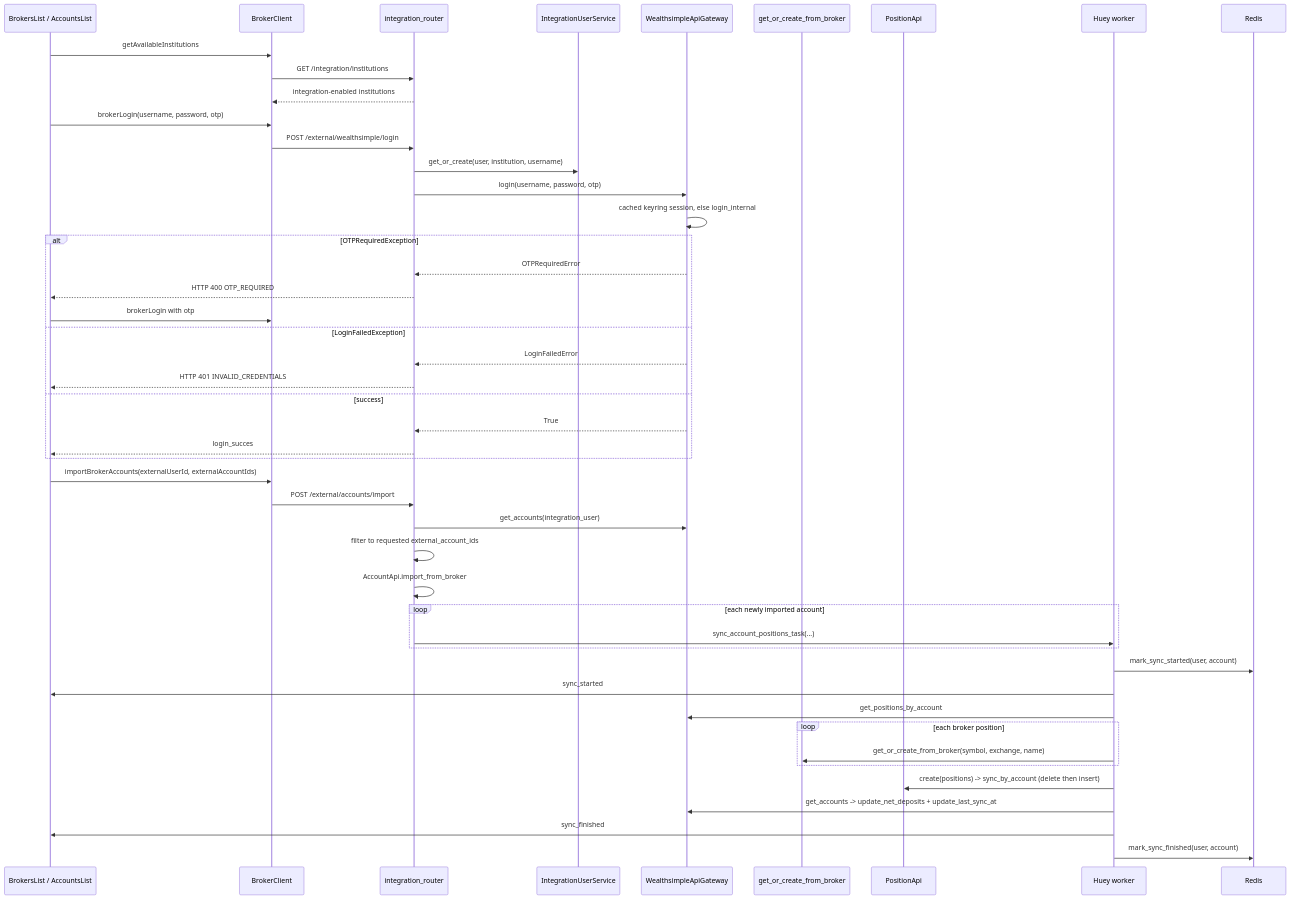
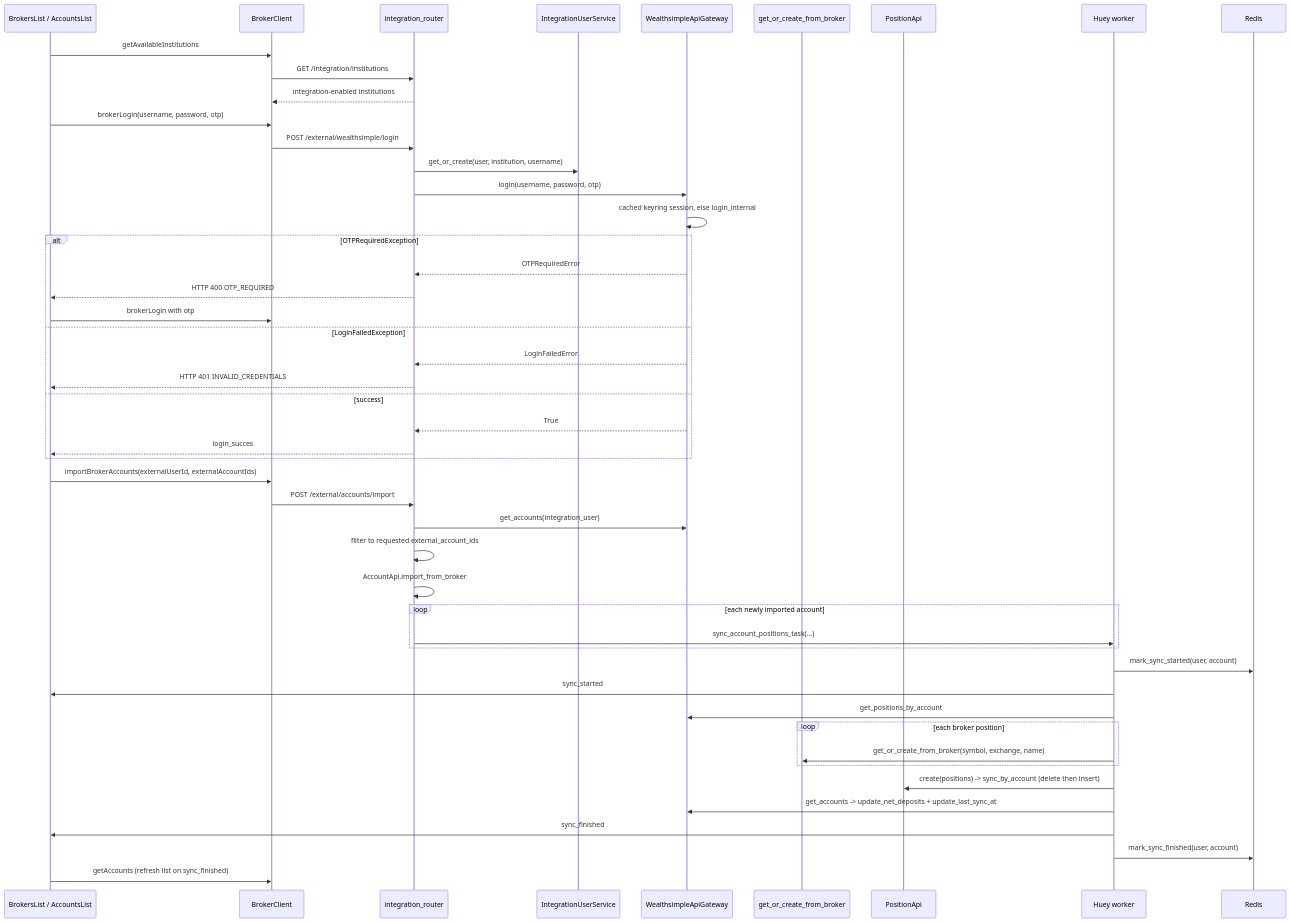
Before and after one commit to havekes/retail-portfolio: the first of 2 diagrams in openwiki/workflows/broker-sync.md, drawn with Mermaid. The commit also changed other lines of this file and 48 other files, not shown here.

````diff
--- a/openwiki/workflows/broker-sync.md
+++ b/openwiki/workflows/broker-sync.md
@@ -118,50 +126,51 @@
 ```mermaid
 sequenceDiagram
     participant UI as BrokersList / AccountsList
     participant BC as BrokerClient
     participant R as integration_router
     participant SVC as IntegrationUserService
     participant GW as WealthsimpleApiGateway
     participant API as get_or_create_from_broker
     participant P as PositionApi
     participant Q as Huey worker
     participant X as Redis
 
     UI->>BC: getAvailableInstitutions
     BC->>R: GET /integration/institutions
     R-->>BC: integration-enabled institutions
     UI->>BC: brokerLogin(username, password, otp)
     BC->>R: POST /external/wealthsimple/login
     R->>SVC: get_or_create(user, institution, username)
     R->>GW: login(username, password, otp)
     GW->>GW: cached keyring session, else login_internal
     alt OTPRequiredException
         GW-->>R: OTPRequiredError
         R-->>UI: HTTP 400 OTP_REQUIRED
         UI->>BC: brokerLogin with otp
     else LoginFailedException
         GW-->>R: LoginFailedError
         R-->>UI: HTTP 401 INVALID_CREDENTIALS
     else success
         GW-->>R: True
         R-->>UI: login_succes
     end
     UI->>BC: importBrokerAccounts(externalUserId, externalAccountIds)
     BC->>R: POST /external/accounts/import
     R->>GW: get_accounts(integration_user)
     R->>R: filter to requested external_account_ids
     R->>R: AccountApi.import_from_broker
     loop each newly imported account
         R->>Q: sync_account_positions_task(...)
     end
     Q->>X: mark_sync_started(user, account)
     Q->>UI: sync_started
     Q->>GW: get_positions_by_account
     loop each broker position
         Q->>API: get_or_create_from_broker(symbol, exchange, name)
     end
     Q->>P: create(positions) -> sync_by_account (delete then insert)
     Q->>GW: get_accounts -> update_net_deposits + update_last_sync_at
     Q->>UI: sync_finished
     Q->>X: mark_sync_finished(user, account)
+    UI->>BC: getAccounts (refresh list on sync_finished)
 ```
````
